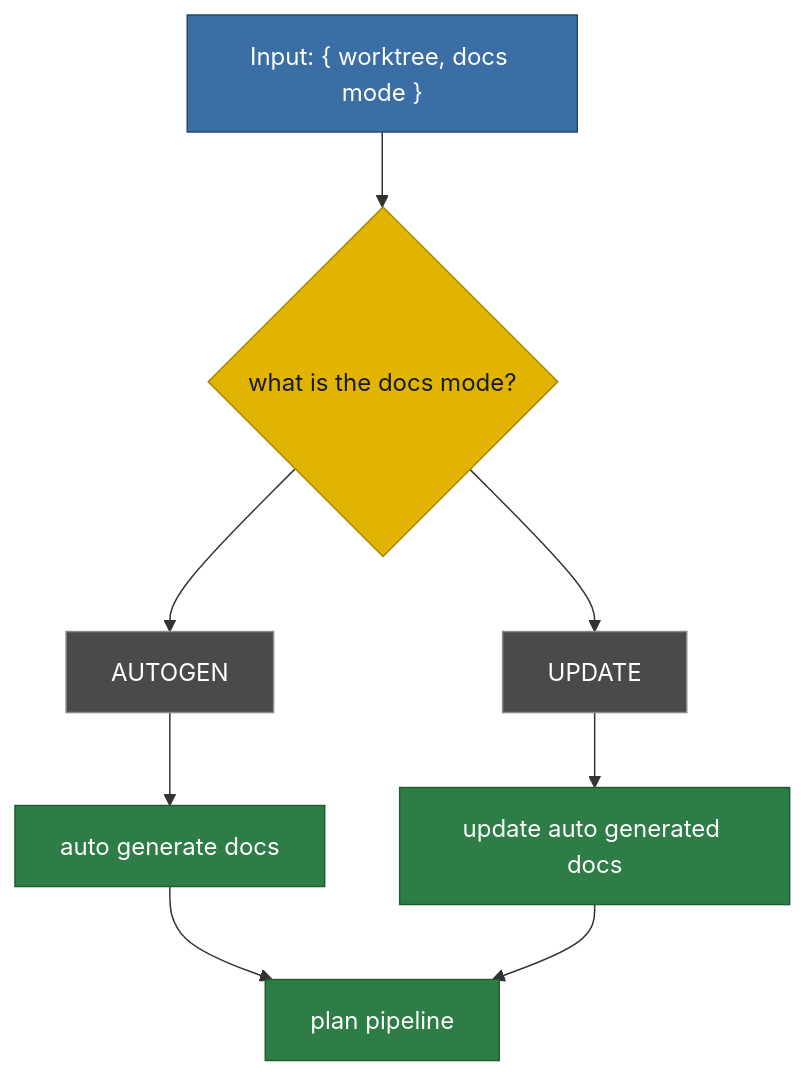
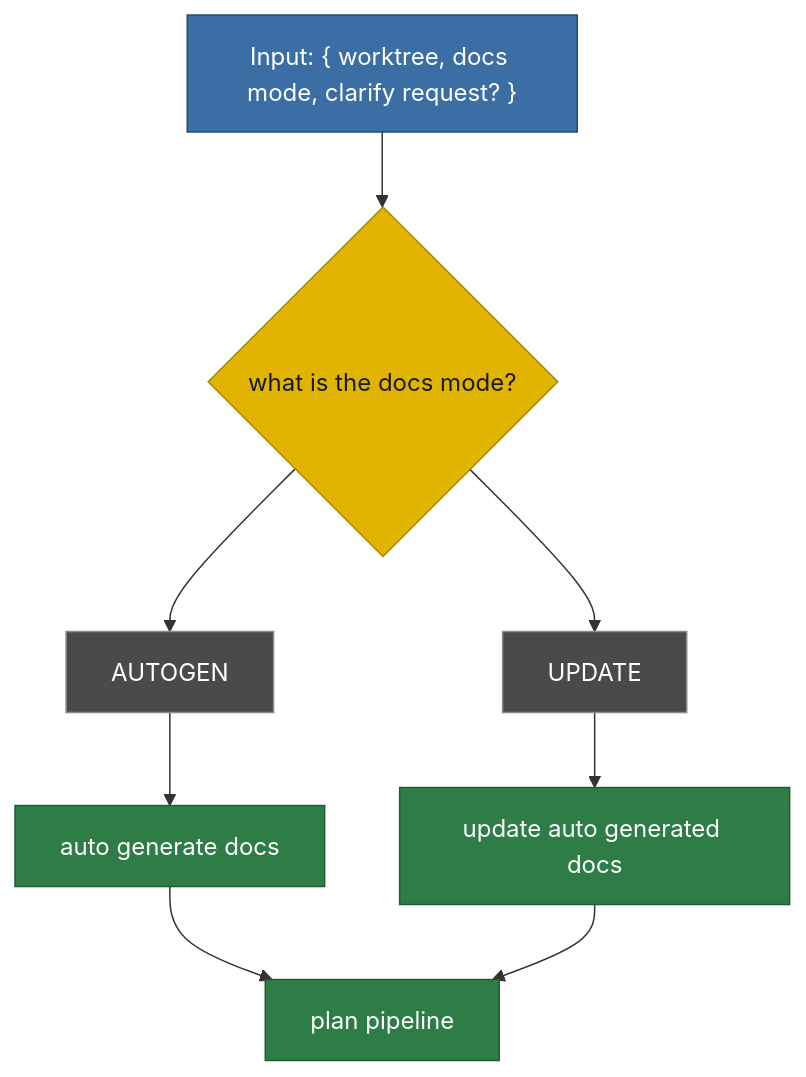
One commit to matkatmusic/taskTools changed the diagram in plans/diagram/pipeline-documentGeneration.mmd. Above: the diagram before and after it, drawn with Mermaid. The commit also changed 15 other files, not shown here.

Commit message:
cleaned up comments in pipeline diagrams

```diff
--- a/plans/diagram/pipeline-documentGeneration.mmd
+++ b/plans/diagram/pipeline-documentGeneration.mmd
@@ -1,38 +1,43 @@
 flowchart TB
 %% DOCUMENT GENERATION. Split from pipeline-preamble.mmd.
-%% Input: a worktree and a docs mode, from the worktree check pipeline.
-%% One job: make sure the auto generated docs in the worktree match the code.
-%% The planner reads them, so they are built before planning, not after.
-%% Ends with docs the planner can read.
-%% Rules that apply everywhere, not steps:
-%%   1. The caller picks the mode, this pipeline does not work it out. A new or
-%%      reset worktree arrives as AUTOGEN, a resumed one as UPDATE.
-%%   2. The docs are generated into the worktree and never committed. They are
-%%      deleted on the merge succeeded exit, before the worktree is removed.
-%%   3. A script that fails operationally exits the run as run-failed. The task is
-%%      already active, so that takes the failures exit. It is not drawn as an
-%%      edge: it can leave ANY green box.
+%% ---
+%% Input: worktree, docs mode, clarify request, from the plan pipeline.
+%% ---
+%% One job: keep the auto generated docs in the worktree matching the code.
+%% ---
+%% UPDATE mode reads the clarify request and the tasks.json entry.
+%% ---
+%% The docs must grow to cover what the clarify request names.
+%% ---
+%% The docs are never committed.
+%% ---
+%% Their paths live in GENERATED_ARTIFACT_PATTERNS and in .gitignore.
+%% ---
+%% configureGeneratedArtifactIsolation marks any tracked copy skip-worktree.
+%% ---
+%% That is what makes a later `git add -A` safe.
+%% ---
+%% See writeTaskBrief.ts for both.
+%% ---
 %% Exit types this pipeline can produce:
-%%   run-failed         - a script failed operationally
-%% The docs this pipeline emits are the input to the plan pipeline.
-%% The plan pipeline re-enters here in UPDATE mode when the planner asks for
-%% something the docs do not cover.
+%% ---
+%% run-failed - a script failed operationally
 
-  WORKTREE_DOCS_MODE_INPUT["Input: { worktree, docs mode }"] --> WHAT_IS_DOCS_MODE
+  WORKTREE_DOCS_MODE_INPUT["Input: { worktree, docs mode, clarify request? }"] --> WHAT_IS_DOCS_MODE
   WHAT_IS_DOCS_MODE{"what is the docs mode?"} --> DOCS_MODE_AUTOGEN["AUTOGEN"]
   WHAT_IS_DOCS_MODE --> DOCS_MODE_UPDATE["UPDATE"]
   DOCS_MODE_AUTOGEN --> AUTO_GENERATE_DOCS["auto generate docs"]
   DOCS_MODE_UPDATE --> UPDATE_AUTO_GENERATED_DOCS["update auto generated docs"]
   AUTO_GENERATE_DOCS --> PLAN_PIPELINE["plan pipeline"]
   UPDATE_AUTO_GENERATED_DOCS --> PLAN_PIPELINE
 
   classDef pipeline fill:#2f7d46,stroke:#1e5c31,color:#ffffff
   classDef script fill:#2f7d46,stroke:#1e5c31,color:#ffffff
   classDef decision fill:#e0b400,stroke:#a88600,color:#1a1a1a
   classDef output fill:#3b6ea5,stroke:#254a70,color:#ffffff
   classDef verdict fill:#4a4a4a,stroke:#8a8a8a,color:#ffffff
   class WHAT_IS_DOCS_MODE decision
   class AUTO_GENERATE_DOCS,UPDATE_AUTO_GENERATED_DOCS script
   class PLAN_PIPELINE pipeline
   class DOCS_MODE_AUTOGEN,DOCS_MODE_UPDATE verdict
   class WORKTREE_DOCS_MODE_INPUT output
```
